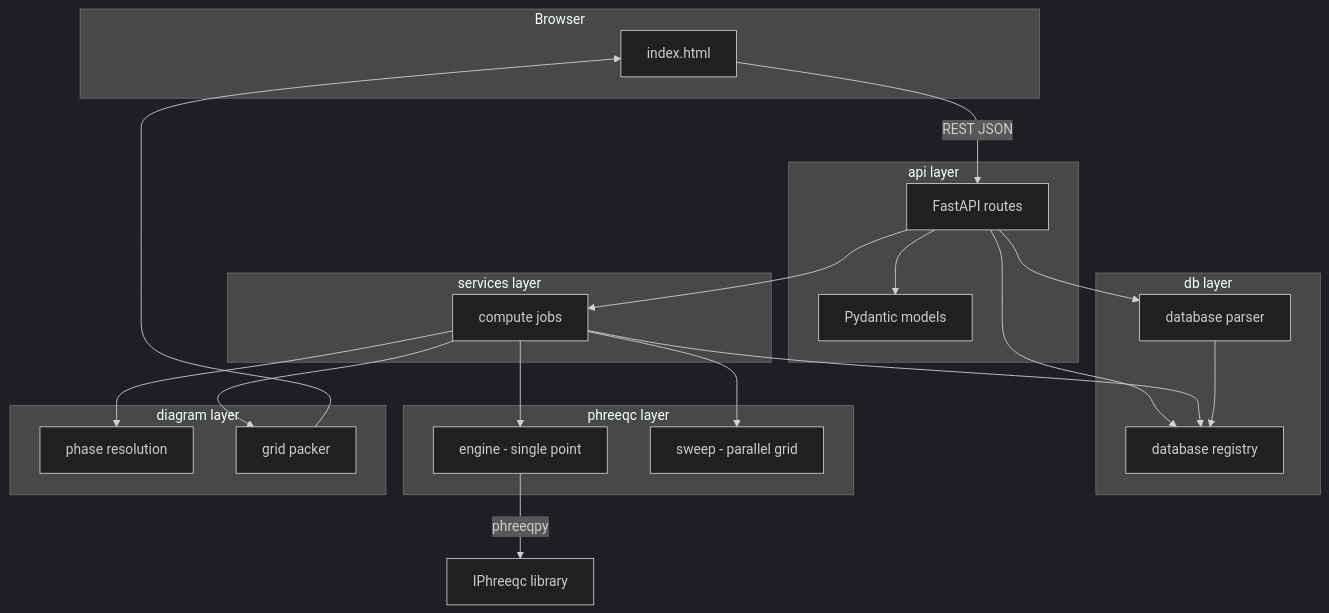
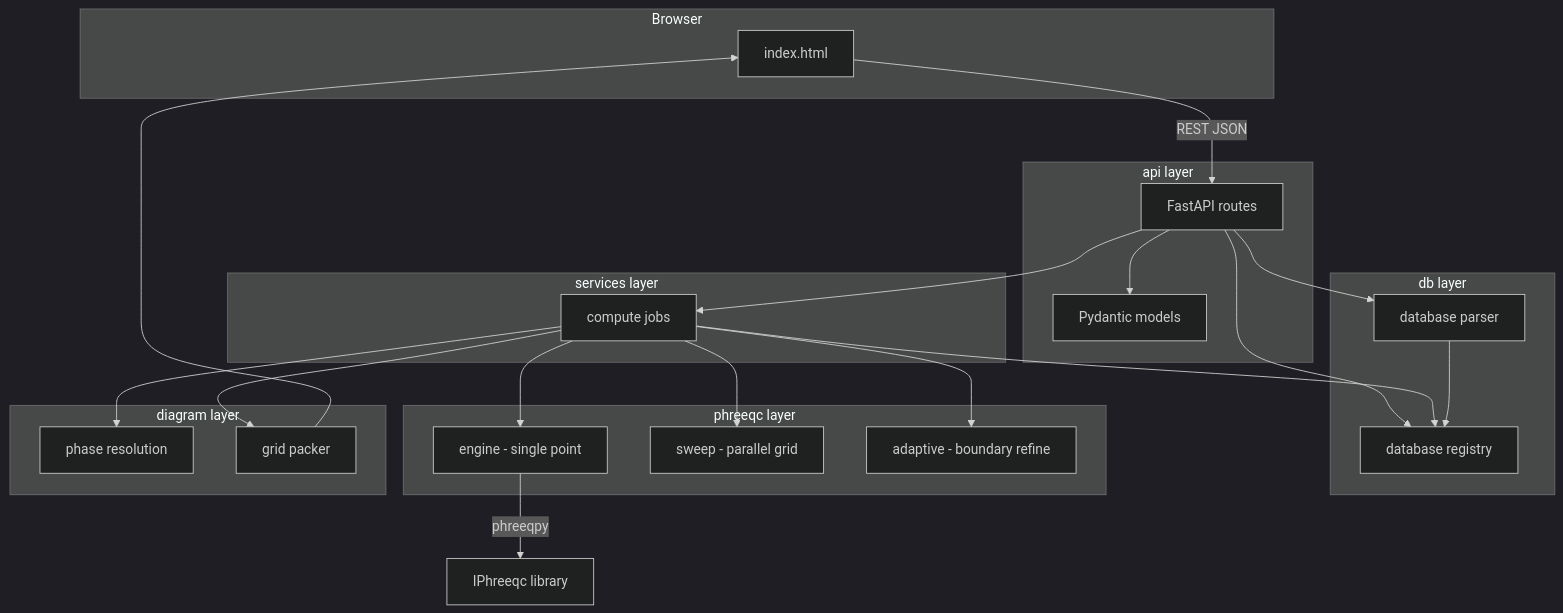
The first of 2 diagrams in README.md (Matteo-Loche/Phaser), drawn with Mermaid (dark theme) before and after one commit. The commit also changed other lines of this file and 9 other files, not shown here.

````diff
--- a/README.md
+++ b/README.md
@@ -75,44 +79,46 @@
 ```mermaid
 flowchart TB
     subgraph client [Browser]
         UI[index.html]
     end
 
     subgraph api [api layer]
         Routes[FastAPI routes]
         Models[Pydantic models]
     end
 
     subgraph services [services layer]
         Compute[compute jobs]
     end
 
     subgraph db_layer [db layer]
         Registry[database registry]
         Parser[database parser]
     end
 
     subgraph solver [phreeqc layer]
         Engine["engine - single point"]
         Sweep["sweep - parallel grid"]
+        Adaptive["adaptive - boundary refine"]
     end
 
     subgraph diagram_layer [diagram layer]
         Phases[phase resolution]
         Packer[grid packer]
     end
 
     UI -->|REST JSON| Routes
     Routes --> Models
     Routes --> Compute
     Routes --> Registry
     Routes --> Parser
     Compute --> Registry
     Compute --> Phases
     Compute --> Engine
     Compute --> Sweep
+    Compute --> Adaptive
     Compute --> Packer
     Parser --> Registry
     Engine -->|phreeqpy| IPhreeqc[IPhreeqc library]
     Packer --> UI
 ```
````
